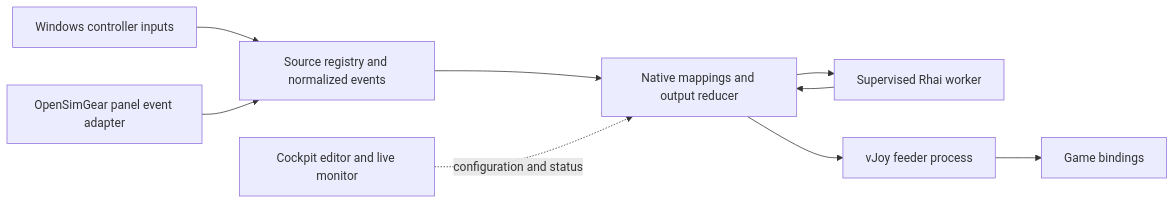
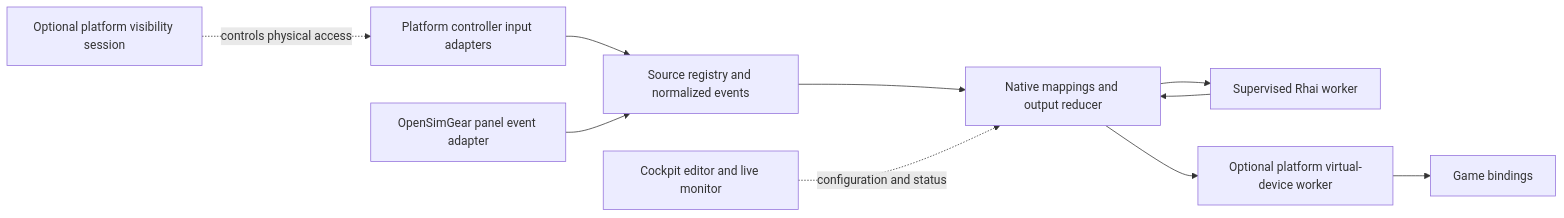
The diagram in docs/controller-mapping-plan.md (opensimgear/cockpit), drawn with Mermaid before and after one commit. The commit also changed other lines of this file and 1 other file, not shown here.

Commit message:
docs: plan optional cross-platform controller backends

````diff
--- a/docs/controller-mapping-plan.md
+++ b/docs/controller-mapping-plan.md
@@ -23,11 +42,12 @@
 ```mermaid
 flowchart LR
-    HID[Windows controller inputs] --> Registry[Source registry and normalized events]
+    HID[Platform controller input adapters] --> Registry[Source registry and normalized events]
     Panels[OpenSimGear panel event adapter] --> Registry
     Registry --> Router[Native mappings and output reducer]
     Router --> Logic[Supervised Rhai worker]
     Logic --> Router
-    Router --> Feeder[vJoy feeder process]
+    Router --> Feeder[Optional platform virtual-device worker]
     Feeder --> Game[Game bindings]
+    Hide[Optional platform visibility session] -. controls physical access .-> HID
     UI[Cockpit editor and live monitor] -. configuration and status .-> Router
 ```
````
